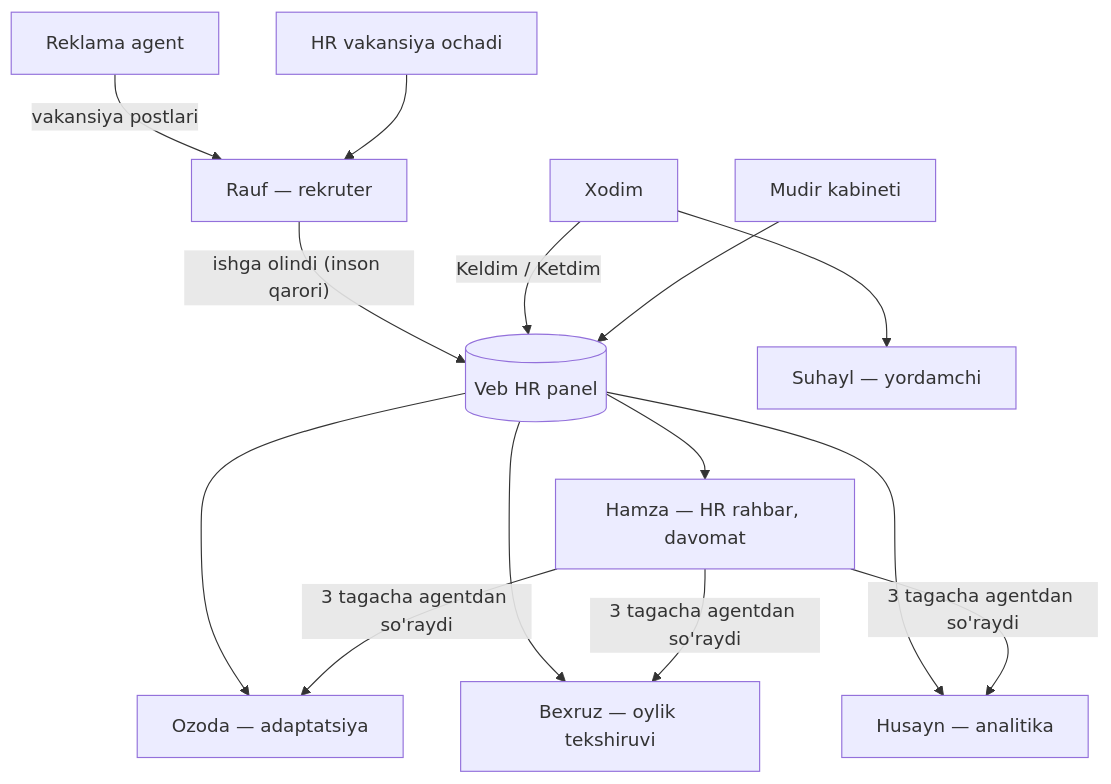
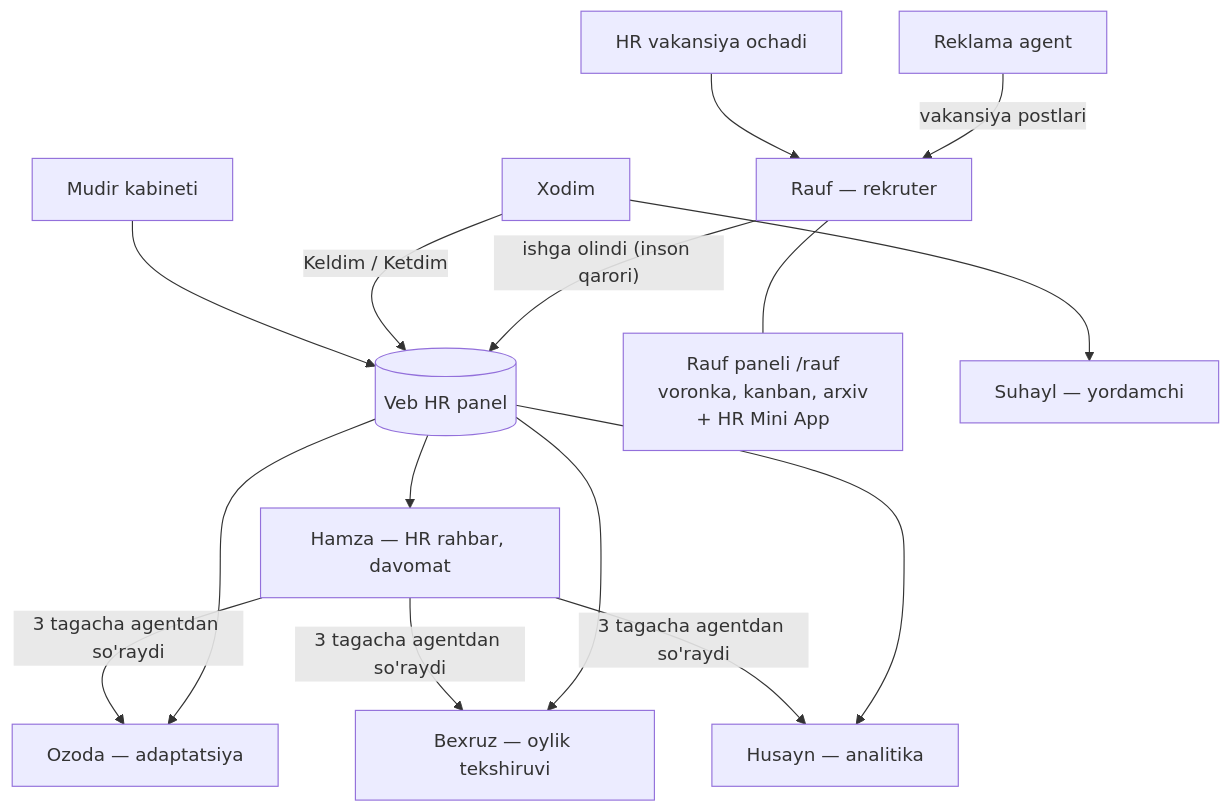
One commit to Ai-deparments/hr-ai-skills changed the diagram in README.md. Above: the diagram before and after it, drawn with Mermaid. The commit also changed 2 other files, not shown here.

Commit message:
docs: Rauf recruiter panel and HR Mini App

````diff
--- a/README.md
+++ b/README.md
@@ -163,14 +163,15 @@
 ```mermaid
 flowchart TD
     ADS[Reklama agent] -->|vakansiya postlari| RAUF
     HR[HR vakansiya ochadi] --> RAUF[Rauf — rekruter]
     RAUF -->|"ishga olindi (inson qarori)"| PANEL
+    RAUF --- RP[Rauf paneli /rauf<br/>voronka, kanban, arxiv<br/>+ HR Mini App]
     PANEL[(Veb HR panel)] --> OZODA[Ozoda — adaptatsiya]
     EMP[Xodim] --> SUHAYL[Suhayl — yordamchi]
     EMP -->|Keldim / Ketdim| PANEL
     LEAD[Mudir kabineti] --> PANEL
     PANEL --> HAMZA[Hamza — HR rahbar, davomat]
     PANEL --> BEXRUZ[Bexruz — oylik tekshiruvi]
     PANEL --> HUSAYN[Husayn — analitika]
     HAMZA -->|3 tagacha agentdan so'raydi| BEXRUZ & HUSAYN & OZODA
 ```
````
